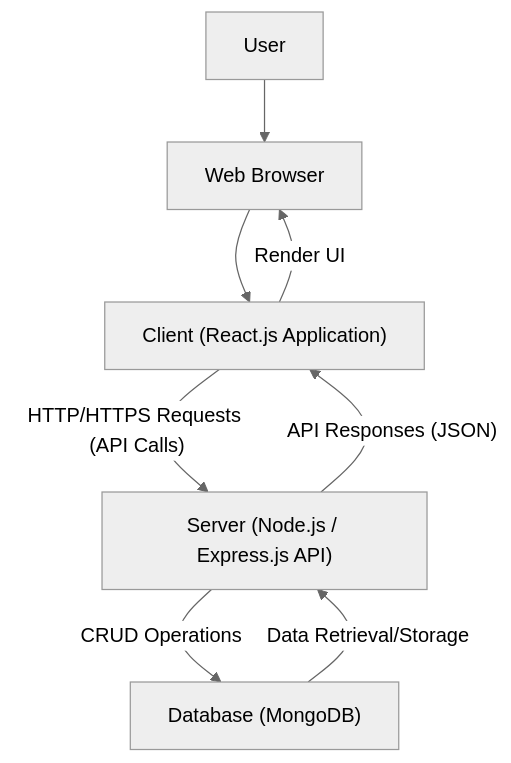
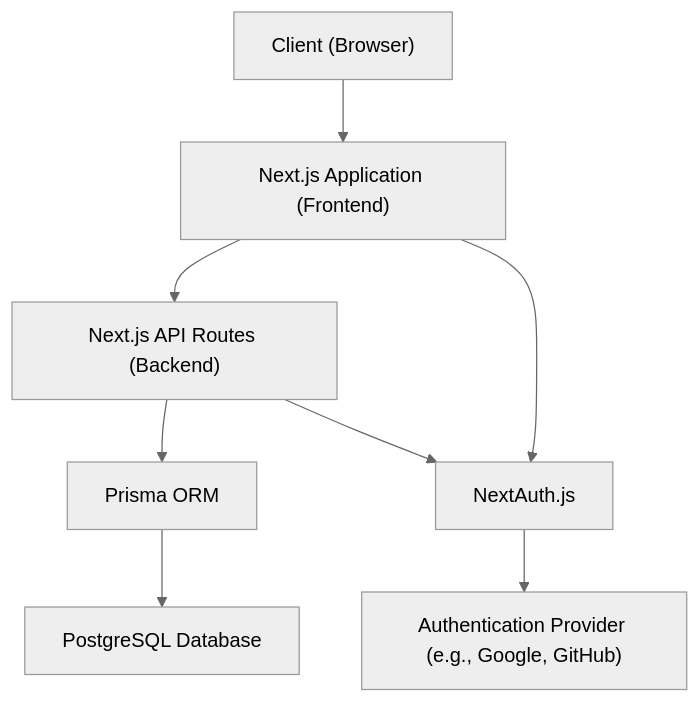
One commit to Can-Ozan/Devportfolio changed the diagram in README.md. Above: the diagram before and after it, drawn with Mermaid (neutral theme). The commit also changed other lines of this file, not shown here.

````diff
--- a/README.md
+++ b/README.md
@@ -90,10 +76,10 @@
 ```mermaid
 graph TD
-    A["User"] --> B["Web Browser"];
-    B --> C["Client (React.js Application)"];
-    C -- "HTTP/HTTPS Requests (API Calls)" --> D["Server (Node.js / Express.js API)"];
-    D -- "CRUD Operations" --> E["Database (MongoDB)"];
-    E -- "Data Retrieval/Storage" --> D;
-    D -- "API Responses (JSON)" --> C;
-    C -- "Render UI" --> B;
+    A["Client (Browser)"] --> B["Next.js Application (Frontend)"];
+    B --> C["Next.js API Routes (Backend)"];
+    C --> D["Prisma ORM"];
+    D --> E["PostgreSQL Database"];
+    B --> F["NextAuth.js"];
+    F --> G["Authentication Provider (e.g., Google, GitHub)"];
+    C --> F;
 ```
````
